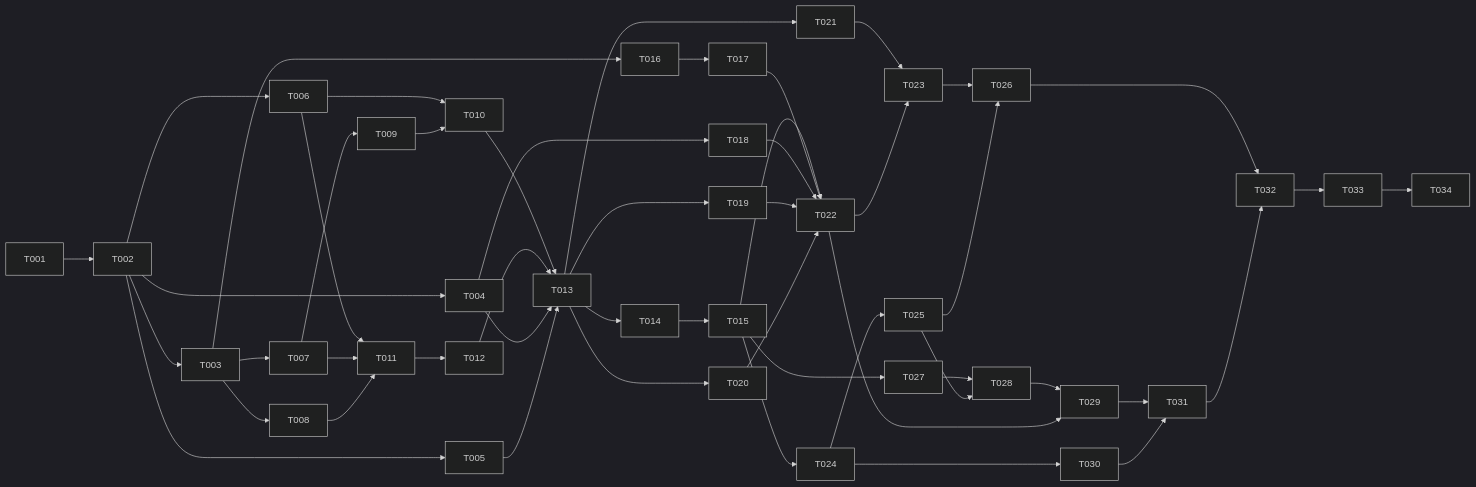
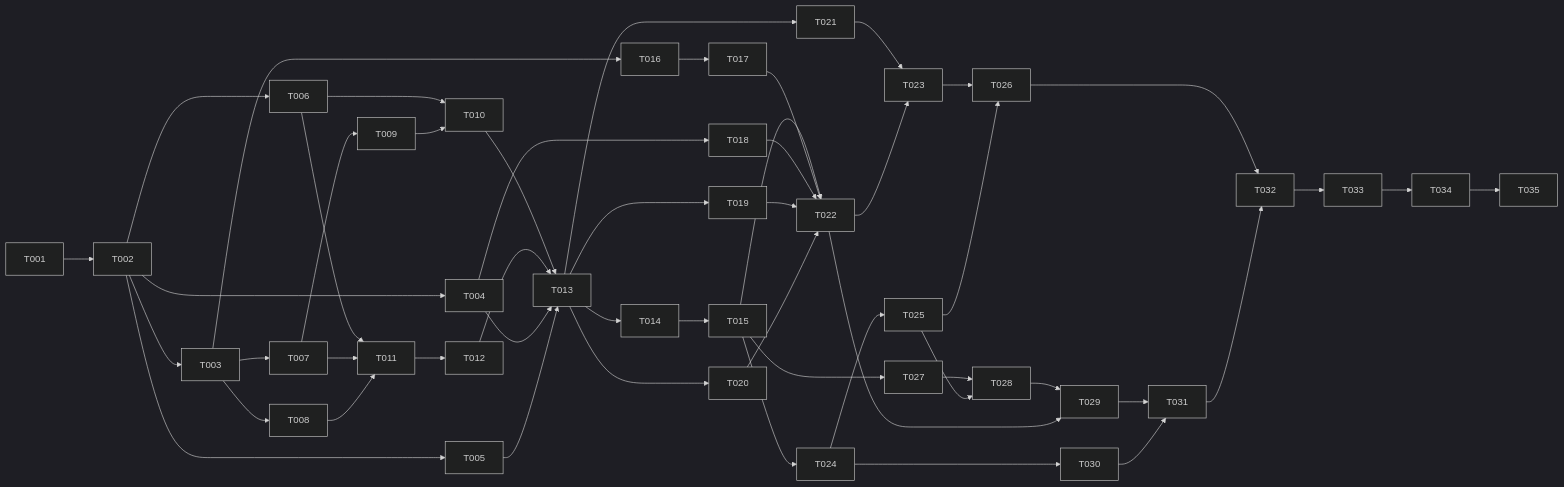
Before and after one commit to SteveNasch/JogoED: the diagram in specs/001-nucleo-batalha/tasks.md, drawn with Mermaid (dark theme). The commit also changed other lines of this file and 1 other file, not shown here.

````diff
--- a/specs/001-nucleo-batalha/tasks.md
+++ b/specs/001-nucleo-batalha/tasks.md
@@ -224,23 +225,23 @@
 ```mermaid
 flowchart LR
     T001 --> T002
     T002 --> T003 & T004 & T005 & T006
     T003 --> T007 & T008 & T016
     T007 --> T009
     T006 & T009 --> T010
     T006 & T007 & T008 --> T011 --> T012
     T010 & T012 & T004 & T005 --> T013 --> T014 --> T015
     T016 --> T017
     T004 --> T018
     T013 --> T019 & T020 & T021
     T015 & T017 & T018 & T019 & T020 --> T022
     T021 & T022 --> T023
     T015 --> T024 --> T025
     T023 & T025 --> T026
     T015 --> T027 --> T028 --> T029
     T025 --> T028
     T022 --> T029
     T024 --> T030
     T029 & T030 --> T031
-    T026 & T031 --> T032 --> T033 --> T034
+    T026 & T031 --> T032 --> T033 --> T034 --> T035
 ```
````
